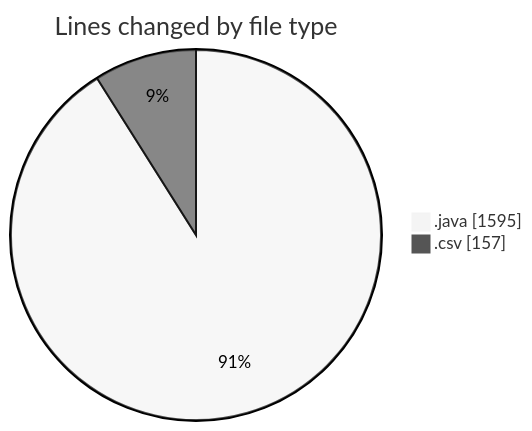
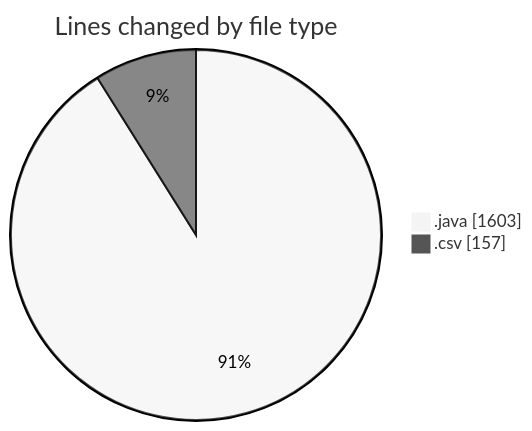
One commit to ricardozamudiocil/code-tracking changed the first of 2 diagrams in 2026-03-24/cilapp/README.md. Above: the diagram before and after it, drawn with Mermaid (neutral theme). The commit also changed other lines of this file and 1 other file, not shown here.

````diff
--- a/2026-03-24/cilapp/README.md
+++ b/2026-03-24/cilapp/README.md
@@ -25,6 +25,6 @@
 ```mermaid
 pie showData
 title Lines changed by file type
-".java" : 1595
+".java" : 1603
 ".csv" : 157
 ```
````
